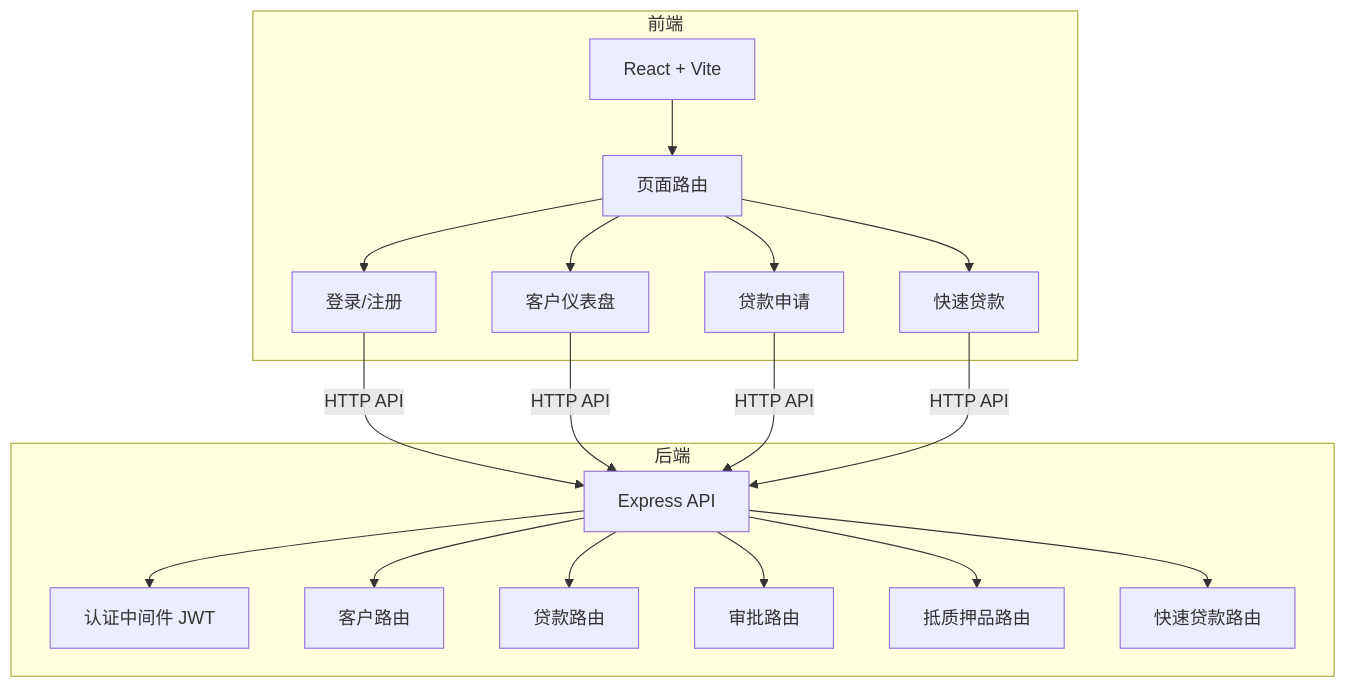
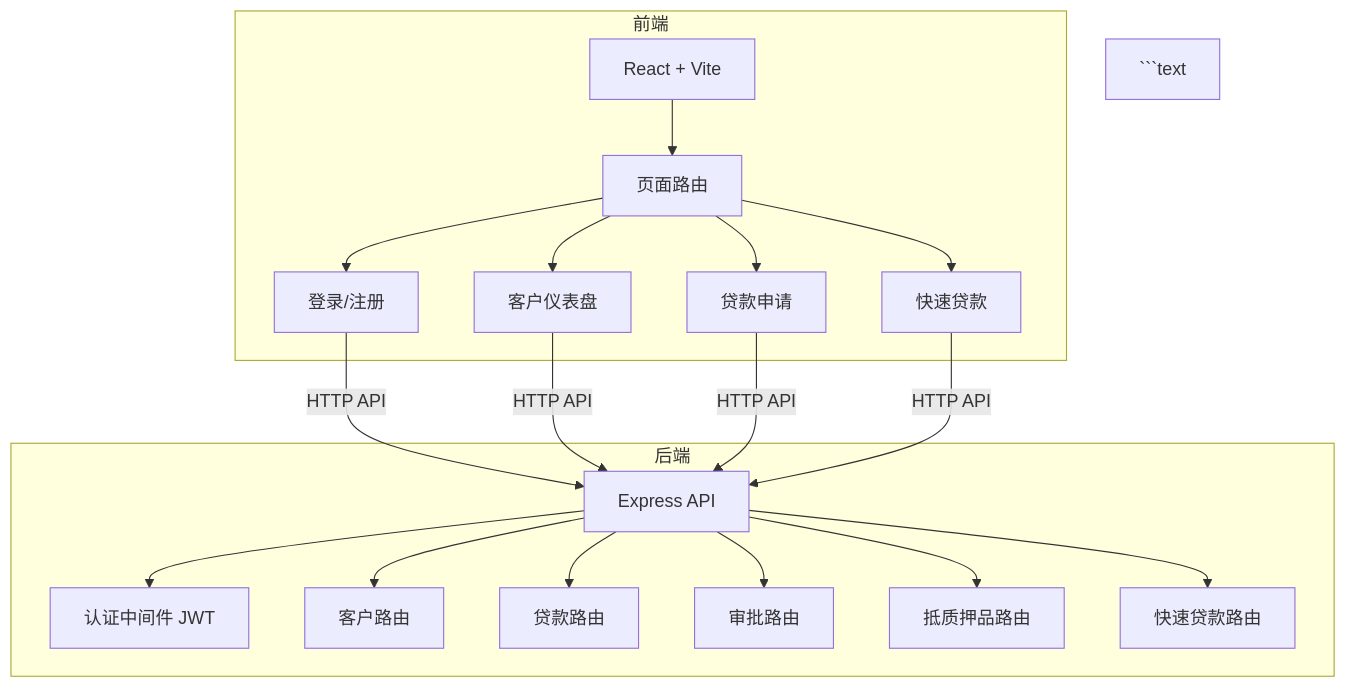
The second of 4 diagrams in webversion/src/content/docs/labs/bmad-crm.md (shawsicau-create/smartbanking), drawn with Mermaid before and after one commit. The commit also changed other lines of this file and 14 other files, not shown here.

First line of the commit message:
fix: 全站修复缩进内容渲染——框线图→代码块+对齐文本→GFM表格

````diff
--- a/webversion/src/content/docs/labs/bmad-crm.md
+++ b/webversion/src/content/docs/labs/bmad-crm.md
@@ -280,19 +282,20 @@
 ```mermaid
 graph TB
-    subgraph 前端
-        A[React + Vite] --> B[页面路由]
-        B --> C[登录/注册]
-        B --> D[客户仪表盘]
-        B --> E[贷款申请]
-        B --> F[快速贷款]
-    end
-    subgraph 后端
-        G[Express API] --> H[认证中间件 JWT]
-        G --> I[客户路由]
-        G --> J[贷款路由]
-        G --> K[审批路由]
-        G --> L[抵质押品路由]
-        G --> M[快速贷款路由]
-    end
-    C & D & E & F -->|HTTP API| G
+```text
+subgraph 前端
+A[React + Vite] --> B[页面路由]
+B --> C[登录/注册]
+B --> D[客户仪表盘]
+B --> E[贷款申请]
+B --> F[快速贷款]
+end
+subgraph 后端
+G[Express API] --> H[认证中间件 JWT]
+G --> I[客户路由]
+G --> J[贷款路由]
+G --> K[审批路由]
+G --> L[抵质押品路由]
+G --> M[快速贷款路由]
+end
+C & D & E & F -->|HTTP API| G
 ```
````
